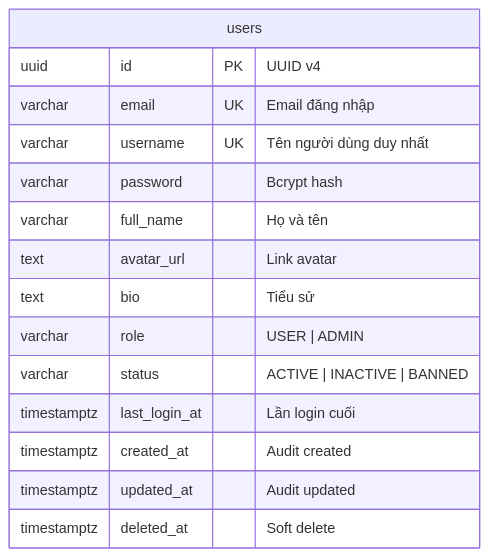
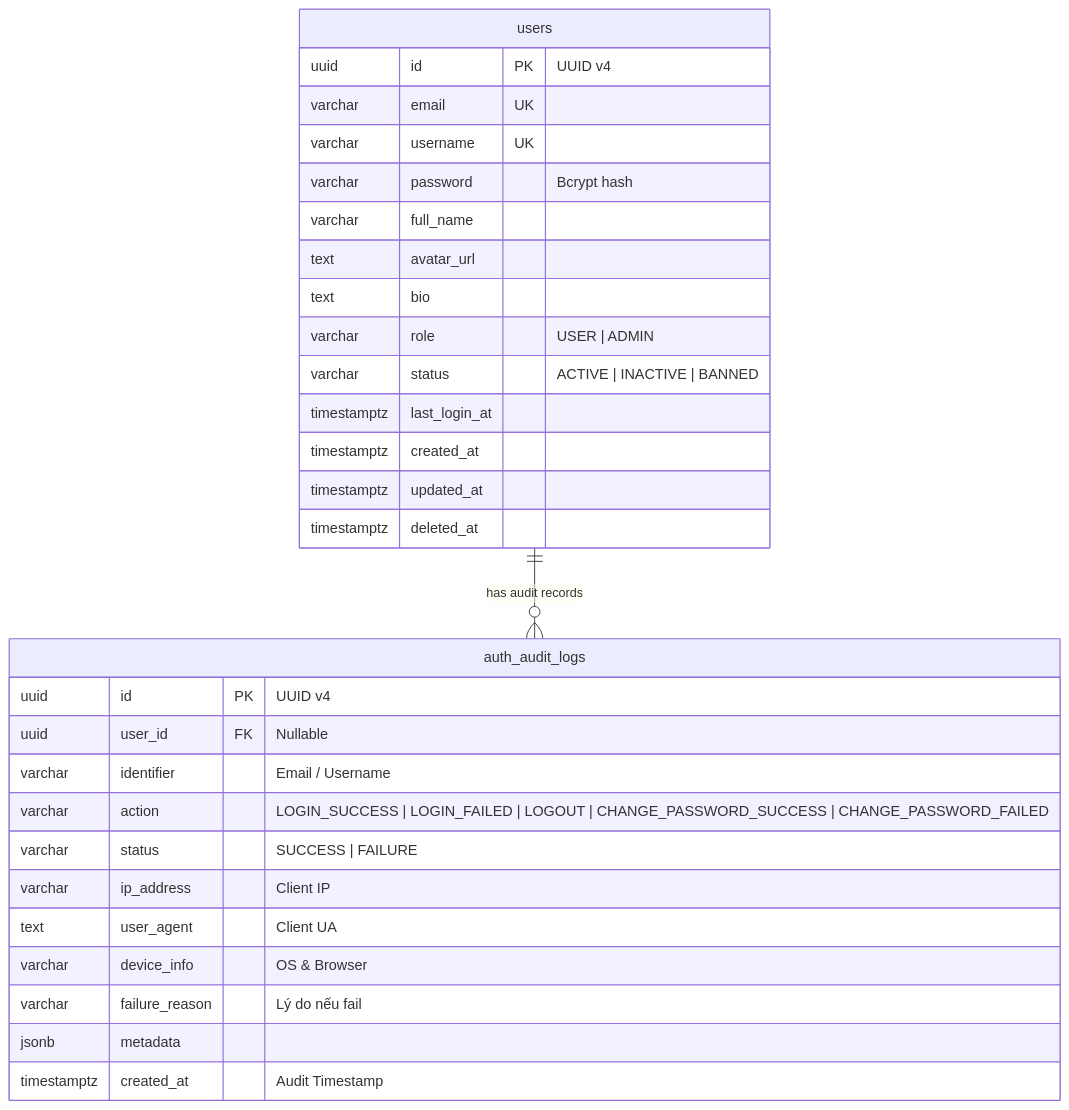
Before and after one commit to binhpn212002/aws-social: the first of 4 diagrams in social-api/specs/auth/basic-design.md, drawn with Mermaid. The commit also changed other lines of this file and 25 other files, not shown here.

````diff
--- a/social-api/specs/auth/basic-design.md
+++ b/social-api/specs/auth/basic-design.md
@@ -55,18 +98,34 @@
 ```mermaid
 erDiagram
+    users ||--o{ auth_audit_logs : "has audit records"
+
     users {
         uuid id PK "UUID v4"
-        varchar email UK "Email đăng nhập"
-        varchar username UK "Tên người dùng duy nhất"
+        varchar email UK
+        varchar username UK
         varchar password "Bcrypt hash"
-        varchar full_name "Họ và tên"
-        text avatar_url "Link avatar"
-        text bio "Tiểu sử"
+        varchar full_name
+        text avatar_url
+        text bio
         varchar role "USER | ADMIN"
         varchar status "ACTIVE | INACTIVE | BANNED"
-        timestamptz last_login_at "Lần login cuối"
-        timestamptz created_at "Audit created"
-        timestamptz updated_at "Audit updated"
-        timestamptz deleted_at "Soft delete"
+        timestamptz last_login_at
+        timestamptz created_at
+        timestamptz updated_at
+        timestamptz deleted_at
+    }
+
+    auth_audit_logs {
+        uuid id PK "UUID v4"
+        uuid user_id FK "Nullable"
+        varchar identifier "Email / Username"
+        varchar action "LOGIN_SUCCESS | LOGIN_FAILED | LOGOUT | CHANGE_PASSWORD_SUCCESS | CHANGE_PASSWORD_FAILED"
+        varchar status "SUCCESS | FAILURE"
+        varchar ip_address "Client IP"
+        text user_agent "Client UA"
+        varchar device_info "OS & Browser"
+        varchar failure_reason "Lý do nếu fail"
+        jsonb metadata
+        timestamptz created_at "Audit Timestamp"
     }
 ```
````
